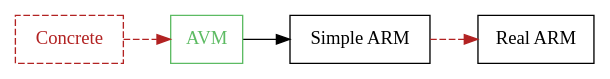
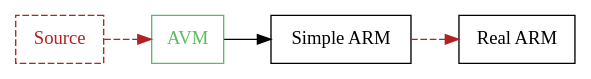
The diagram in slides.org (janmasrovira/goose-presentation), drawn with Graphviz before and after one commit. The commit also changed other lines of this file and 1 other file, not shown here.

Commit message:
timeline and slides

```diff
--- a/slides.org
+++ b/slides.org
@@ -72,16 +79,16 @@
 #+begin_src dot :file img/layers.pdf :cmdline -Tpdf :exports none
 digraph G {
     node [shape=box];
 
-    Concrete [label="Concrete", style=dashed; color=firebrick; fontcolor=firebrick];
+    Concrete [label="Source", style=dashed; color=firebrick; fontcolor=firebrick];
     AVM [label="AVM"; color="#5DBB63"; fontcolor="#5DBB63"];
     SARM [label="Simple ARM"];
     ARM [label="Real ARM"];
 
     { rank=same; Concrete; AVM; SARM; ARM }
 
     Concrete -> AVM [style=dashed; color=firebrick; minlen=2];
     AVM -> SARM [minlen=2];
     SARM -> ARM [style=dashed; color=firebrick; minlen=2];
 }
 #+end_src
```
